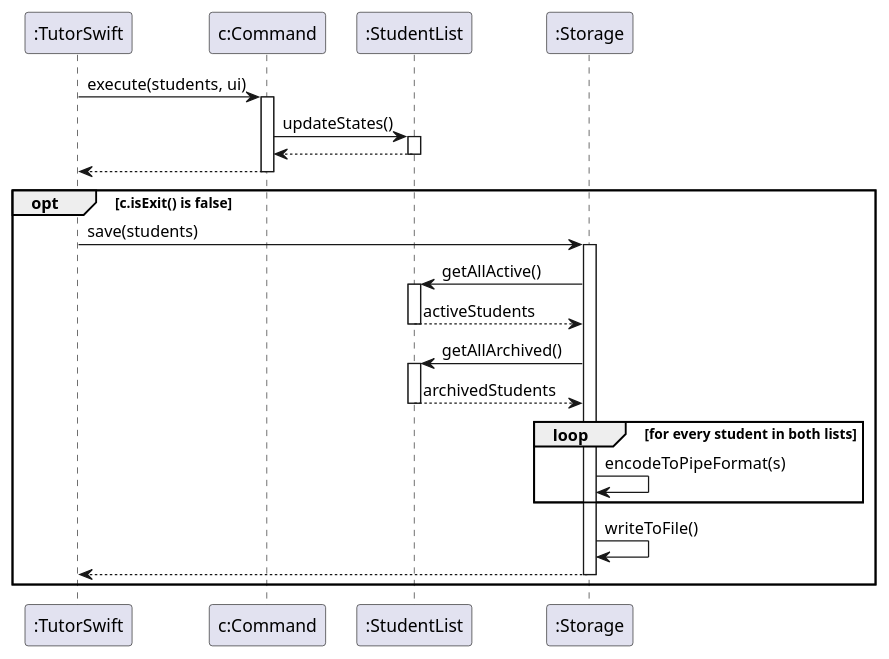
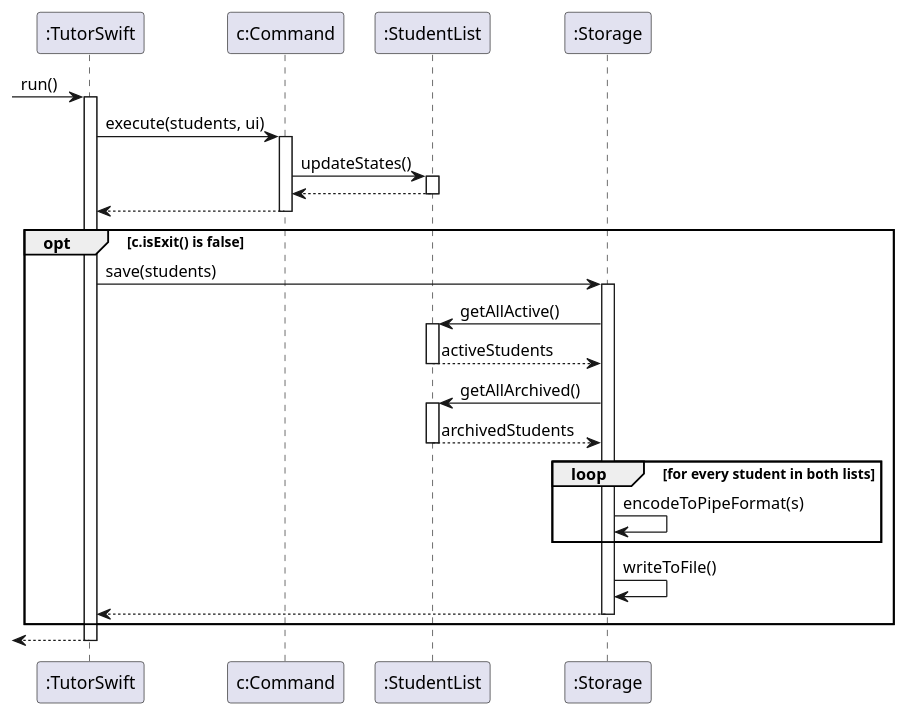
The diagram in docs/diagrams/StorageSaveSequenceDiagram.puml (Alex-Chen-666/tp), drawn with PlantUML before and after one commit. The commit also changed 1 other file, not shown here.

```diff
--- a/docs/diagrams/StorageSaveSequenceDiagram.puml
+++ b/docs/diagrams/StorageSaveSequenceDiagram.puml
@@ -1,42 +1,50 @@
 @startuml
 
 participant ":TutorSwift" as Main
 participant "c:Command" as Command
 participant ":StudentList" as StudentList
 participant ":Storage" as Storage
+
+
+[-> Main : run()
+activate Main
 
 Main -> Command : execute(students, ui)
 activate Command
 
 Command -> StudentList : updateStates()
 activate StudentList
 StudentList --> Command
 deactivate StudentList
 
 Command --> Main
 deactivate Command
 
 opt c.isExit() is false
     Main -> Storage : save(students)
     activate Storage
 
     Storage -> StudentList : getAllActive()
     activate StudentList
     StudentList --> Storage : activeStudents
     deactivate StudentList
 
     Storage -> StudentList : getAllArchived()
     activate StudentList
     StudentList --> Storage : archivedStudents
     deactivate StudentList
 
     loop for every student in both lists
         Storage -> Storage : encodeToPipeFormat(s)
     end
 
     Storage -> Storage : writeToFile()
     Storage --> Main
     deactivate Storage
 end
 
+
+[<-- Main
+deactivate Main
+
 @enduml
```
